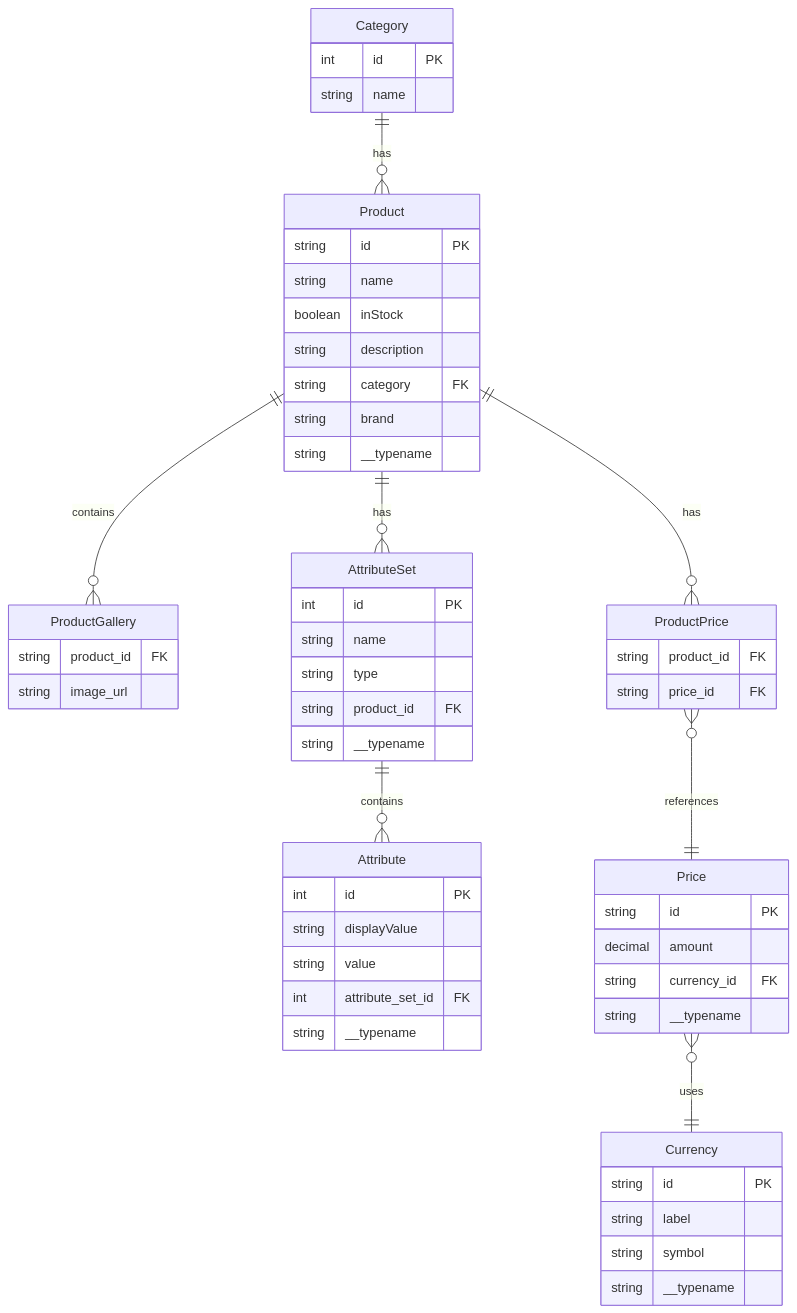
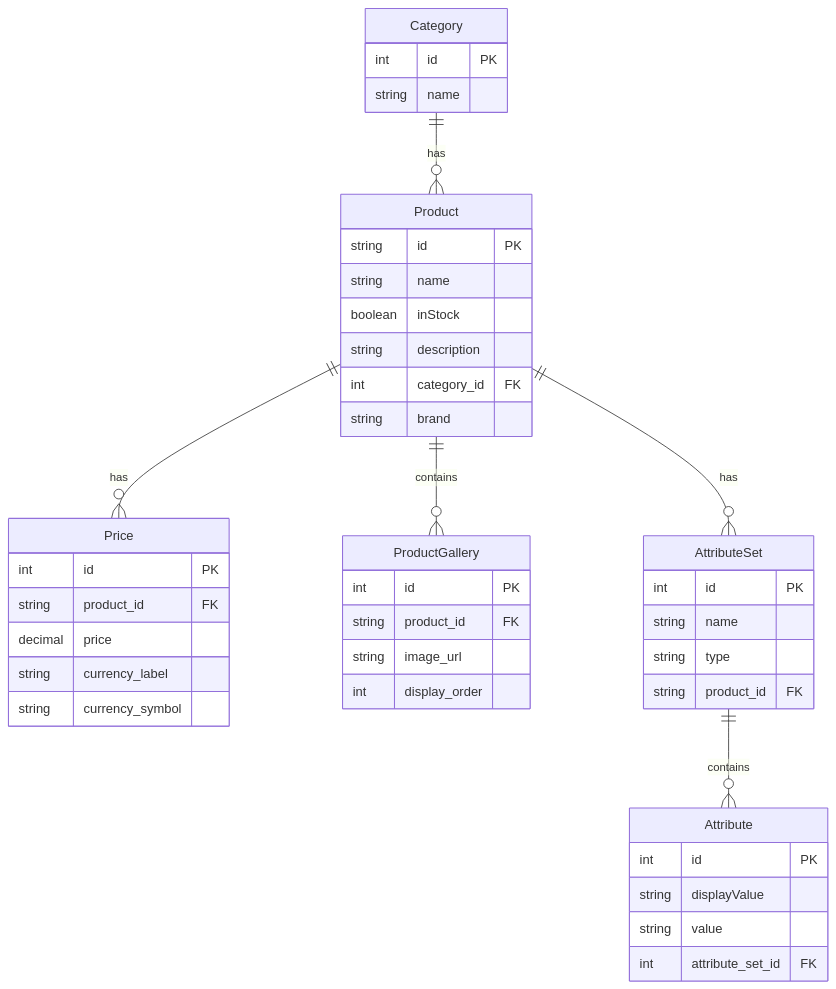
One commit to shehab124/ScandiWeb-TestAssignment changed the diagram in erd_diagram.md. Above: the diagram before and after it, drawn with Mermaid. The commit also changed other lines of this file and 2 other files, not shown here.

Commit message:
Schema updated

````diff
--- a/erd_diagram.md
+++ b/erd_diagram.md
@@ -4,66 +4,52 @@
 ```mermaid
 erDiagram
     Category {
         int id PK
         string name
     }
 
     Product {
         string id PK
         string name
         boolean inStock
         string description
-        string category FK
+        int category_id FK
         string brand
-        string __typename
+    }
+
+    Price {
+        int id PK
+        string product_id FK
+        decimal price
+        string currency_label
+        string currency_symbol
     }
 
     ProductGallery {
+        int id PK
         string product_id FK
         string image_url
+        int display_order
     }
 
     AttributeSet {
         int id PK
         string name
         string type
         string product_id FK
-        string __typename
     }
 
     Attribute {
         int id PK
         string displayValue
         string value
         int attribute_set_id FK
-        string __typename
-    }
-
-    Price {
-        string id PK
-        decimal amount
-        string currency_id FK
-        string __typename
-    }
-
-    Currency {
-        string id PK
-        string label
-        string symbol
-        string __typename
-    }
-
-    ProductPrice {
-        string product_id FK
-        string price_id FK
     }
 
     %% Relationships
     Category ||--o{ Product : "has"
+    Product ||--o{ Price : "has"
     Product ||--o{ ProductGallery : "contains"
     Product ||--o{ AttributeSet : "has"
     AttributeSet ||--o{ Attribute : "contains"
-    Product ||--o{ ProductPrice : "has"
-    ProductPrice }o--|| Price : "references"
-    Price }o--|| Currency : "uses"
 ```
````
